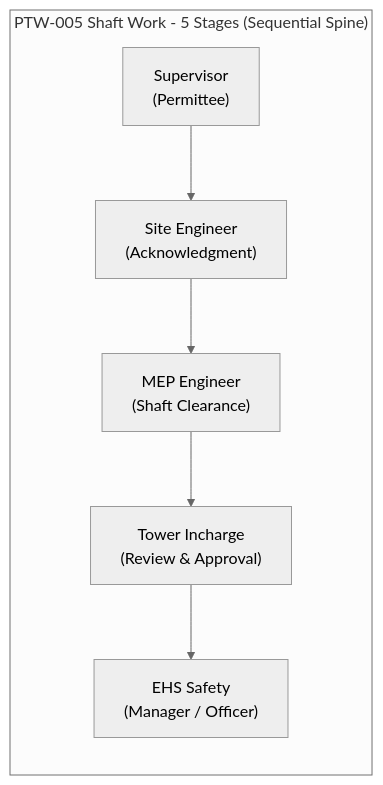
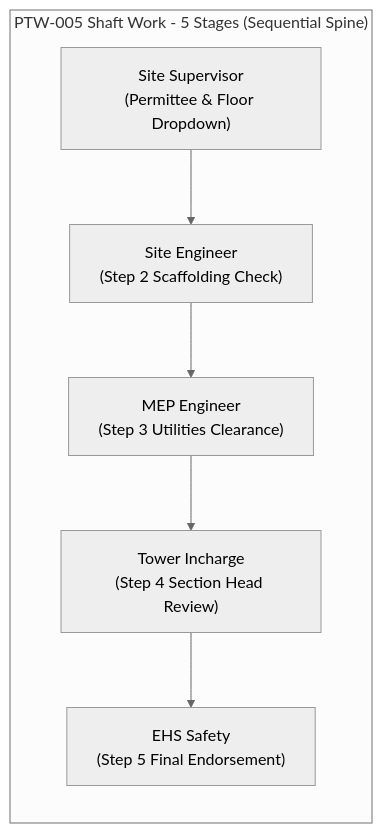
The eighth of 34 diagrams in README.md (AuroGroupAutomationBot/ARPL-EHS-Demo), drawn with Mermaid (neutral theme) before and after one commit. The commit also changed other lines of this file and 2 other files, not shown here.

````diff
--- a/README.md
+++ b/README.md
@@ -450,9 +471,9 @@
 ```mermaid
 graph LR
     subgraph "PTW-005 Shaft Work - 5 Stages (Sequential Spine)"
-        S1["Supervisor<br/>(Permittee)"] --> S2["Site Engineer<br/>(Acknowledgment)"]
-        S2 --> S3["MEP Engineer<br/>(Shaft Clearance)"]
-        S3 --> S4["Tower Incharge<br/>(Review & Approval)"]
-        S4 --> S5["EHS Safety<br/>(Manager / Officer)"]
+        SW1["Site Supervisor<br/>(Permittee & Floor Dropdown)"] --> SW2["Site Engineer<br/>(Step 2 Scaffolding Check)"]
+        SW2 --> SW3["MEP Engineer<br/>(Step 3 Utilities Clearance)"]
+        SW3 --> SW4["Tower Incharge<br/>(Step 4 Section Head Review)"]
+        SW4 --> SW5["EHS Safety<br/>(Step 5 Final Endorsement)"]
     end
 ```
````
